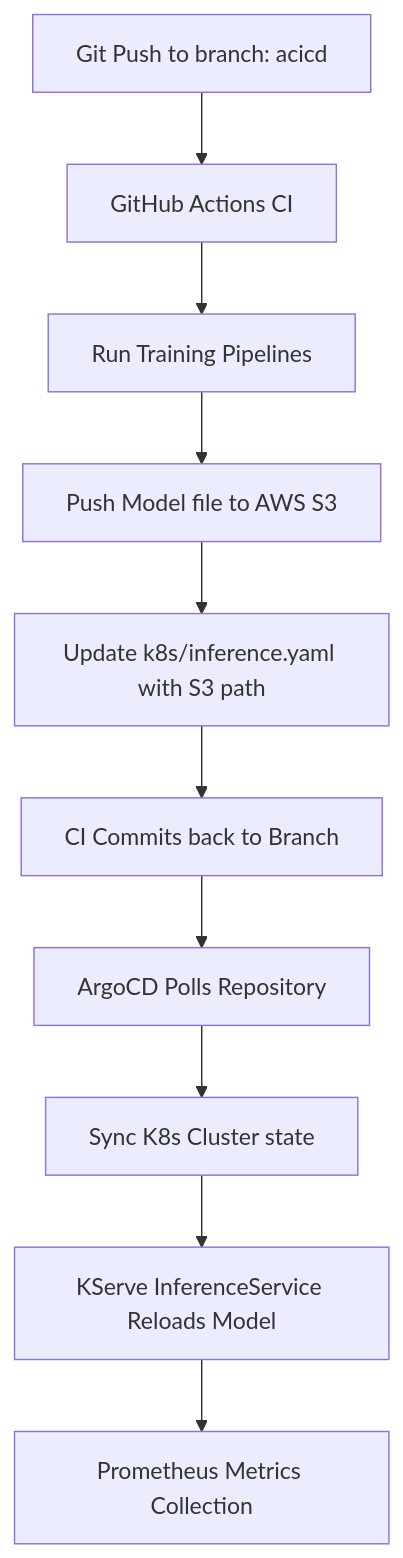
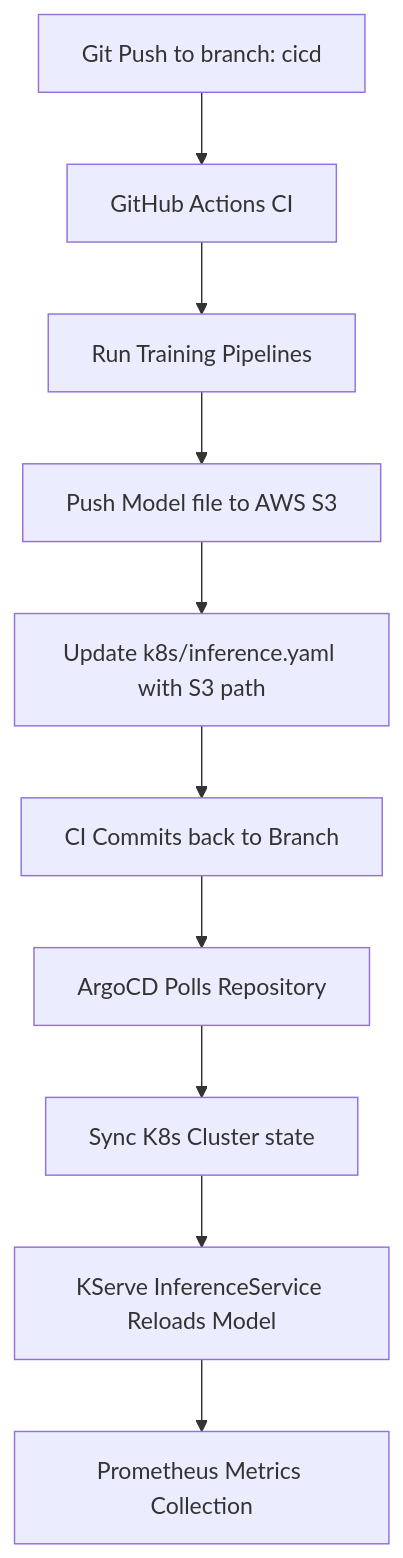
One commit to bittush8789/liberty-claims-router-mlops changed the diagram in README.md. Above: the diagram before and after it, drawn with Mermaid. The commit also changed other lines of this file and 2 other files, not shown here.

Commit message:
Update references to renamed branch cicd

````diff
--- a/README.md
+++ b/README.md
@@ -14,12 +14,12 @@
 ```mermaid
 flowchart TD
-    A[Git Push to branch: acicd] --> B[GitHub Actions CI]
+    A[Git Push to branch: cicd] --> B[GitHub Actions CI]
     B --> C[Run Training Pipelines]
     C --> D[Push Model file to AWS S3]
     D --> E[Update k8s/inference.yaml with S3 path]
     E --> F[CI Commits back to Branch]
     F --> G[ArgoCD Polls Repository]
     G --> H[Sync K8s Cluster state]
     H --> I[KServe InferenceService Reloads Model]
     I --> J[Prometheus Metrics Collection]
 ```
````
